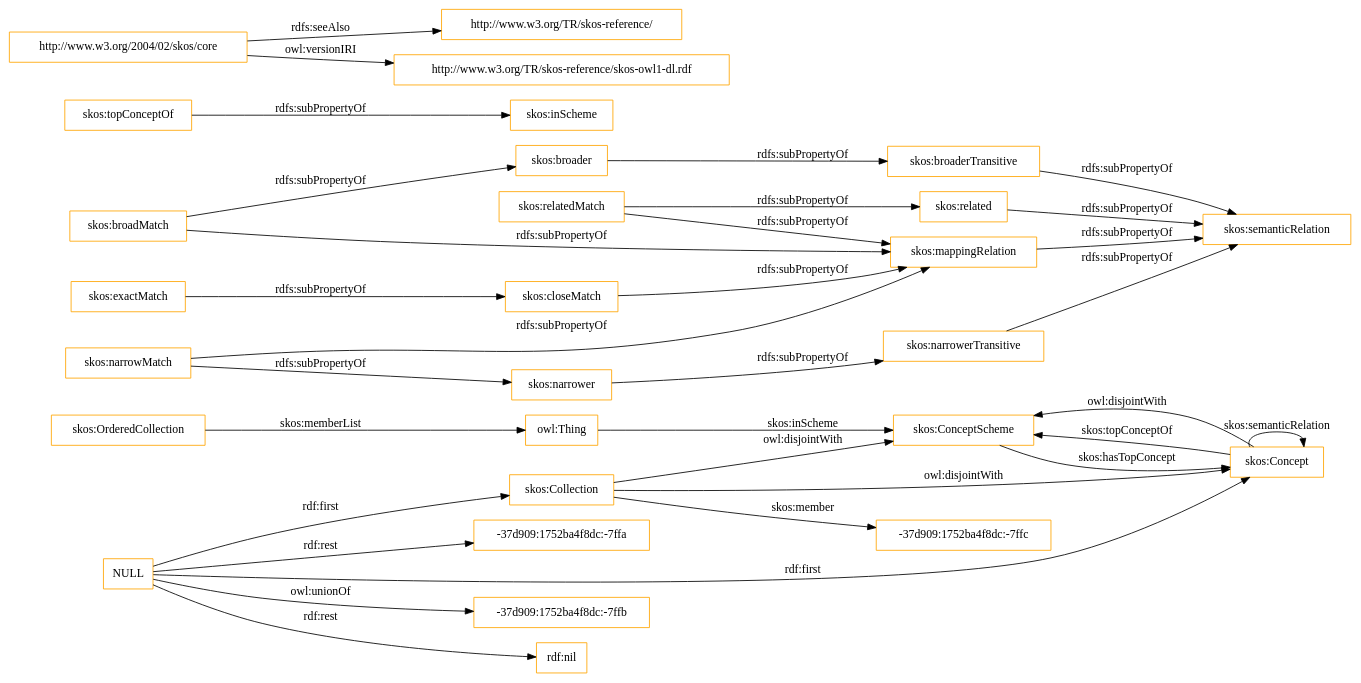
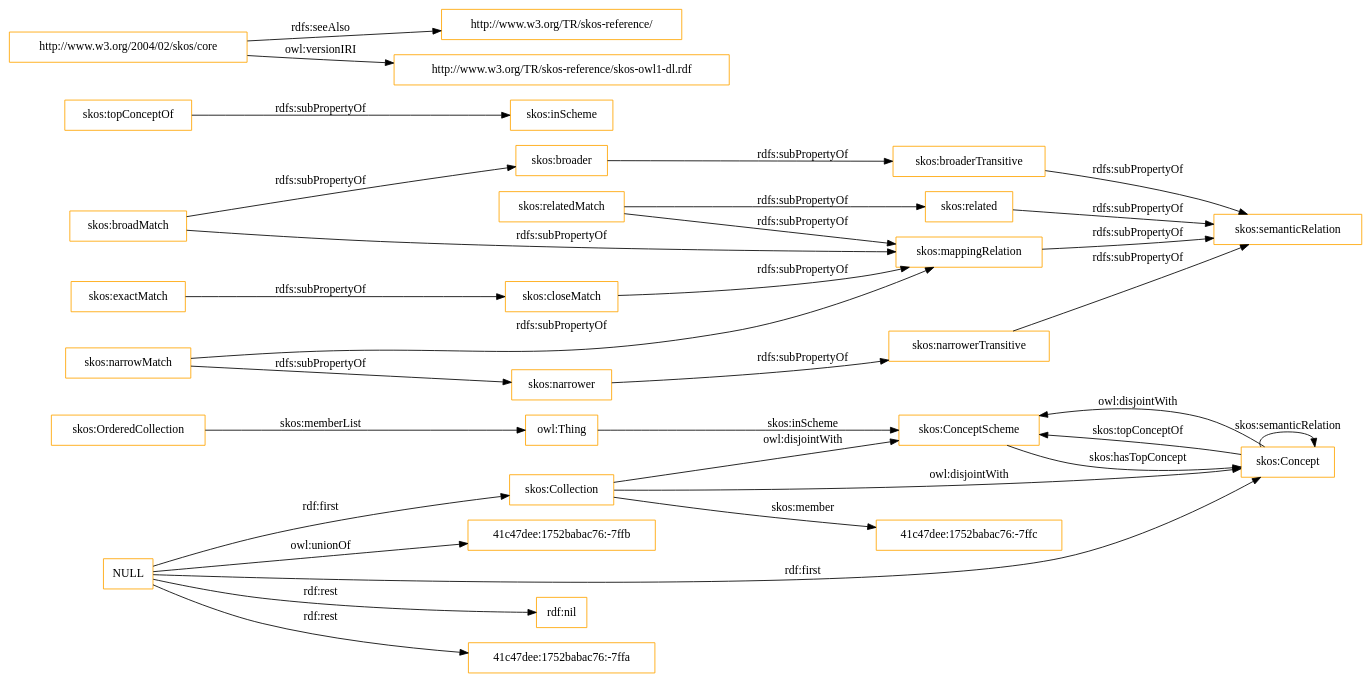
The diagram in OnToology/imports/skos.owl/diagrams/ar2dtool-class/skos.owl.png.dot (OnToologyUser/core-ontology-1), drawn with Graphviz before and after one commit. The commit also changed 14 other files, not shown here.

```diff
--- a/OnToology/imports/skos.owl/diagrams/ar2dtool-class/skos.owl.png.dot
+++ b/OnToology/imports/skos.owl/diagrams/ar2dtool-class/skos.owl.png.dot
@@ -1,37 +1,37 @@
 digraph ar2dtool_diagram { 
 rankdir=LR;
 size="1501"
-node [shape = rectangle, color="orange"]; "skos:OrderedCollection" "skos:ConceptScheme" "skos:Concept" "skos:Collection" "-37d909:1752ba4f8dc:-7ffc" ; /*classes style*/
+node [shape = rectangle, color="orange"]; "skos:OrderedCollection" "skos:ConceptScheme" "skos:Concept" "skos:Collection" "41c47dee:1752babac76:-7ffc" ; /*classes style*/
 	"skos:narrowerTransitive" -> "skos:semanticRelation" [ label = "rdfs:subPropertyOf" ];
-	"NULL" -> "-37d909:1752ba4f8dc:-7ffb" [ label = "owl:unionOf" ];
 	"NULL" -> "rdf:nil" [ label = "rdf:rest" ];
 	"NULL" -> "skos:Concept" [ label = "rdf:first" ];
-	"NULL" -> "-37d909:1752ba4f8dc:-7ffa" [ label = "rdf:rest" ];
+	"NULL" -> "41c47dee:1752babac76:-7ffa" [ label = "rdf:rest" ];
 	"NULL" -> "skos:Collection" [ label = "rdf:first" ];
+	"NULL" -> "41c47dee:1752babac76:-7ffb" [ label = "owl:unionOf" ];
 	"skos:closeMatch" -> "skos:mappingRelation" [ label = "rdfs:subPropertyOf" ];
 	"skos:Concept" -> "skos:ConceptScheme" [ label = "owl:disjointWith" ];
 	"skos:relatedMatch" -> "skos:related" [ label = "rdfs:subPropertyOf" ];
 	"skos:relatedMatch" -> "skos:mappingRelation" [ label = "rdfs:subPropertyOf" ];
 	"skos:related" -> "skos:semanticRelation" [ label = "rdfs:subPropertyOf" ];
 	"skos:topConceptOf" -> "skos:inScheme" [ label = "rdfs:subPropertyOf" ];
 	"skos:broadMatch" -> "skos:mappingRelation" [ label = "rdfs:subPropertyOf" ];
 	"skos:broadMatch" -> "skos:broader" [ label = "rdfs:subPropertyOf" ];
 	"skos:exactMatch" -> "skos:closeMatch" [ label = "rdfs:subPropertyOf" ];
 	"skos:broaderTransitive" -> "skos:semanticRelation" [ label = "rdfs:subPropertyOf" ];
 	"skos:broader" -> "skos:broaderTransitive" [ label = "rdfs:subPropertyOf" ];
 	"skos:mappingRelation" -> "skos:semanticRelation" [ label = "rdfs:subPropertyOf" ];
 	"http://www.w3.org/2004/02/skos/core" -> "http://www.w3.org/TR/skos-reference/" [ label = "rdfs:seeAlso" ];
 	"http://www.w3.org/2004/02/skos/core" -> "http://www.w3.org/TR/skos-reference/skos-owl1-dl.rdf" [ label = "owl:versionIRI" ];
 	"skos:Collection" -> "skos:ConceptScheme" [ label = "owl:disjointWith" ];
 	"skos:Collection" -> "skos:Concept" [ label = "owl:disjointWith" ];
 	"skos:narrower" -> "skos:narrowerTransitive" [ label = "rdfs:subPropertyOf" ];
 	"skos:narrowMatch" -> "skos:narrower" [ label = "rdfs:subPropertyOf" ];
 	"skos:narrowMatch" -> "skos:mappingRelation" [ label = "rdfs:subPropertyOf" ];
 	"skos:OrderedCollection" -> "owl:Thing" [ label = "skos:memberList" ];
 	"skos:Concept" -> "skos:ConceptScheme" [ label = "skos:topConceptOf" ];
 	"skos:Concept" -> "skos:Concept" [ label = "skos:semanticRelation" ];
-	"skos:Collection" -> "-37d909:1752ba4f8dc:-7ffc" [ label = "skos:member" ];
+	"skos:Collection" -> "41c47dee:1752babac76:-7ffc" [ label = "skos:member" ];
 	"skos:ConceptScheme" -> "skos:Concept" [ label = "skos:hasTopConcept" ];
 	"owl:Thing" -> "skos:ConceptScheme" [ label = "skos:inScheme" ];
 
 }
```
